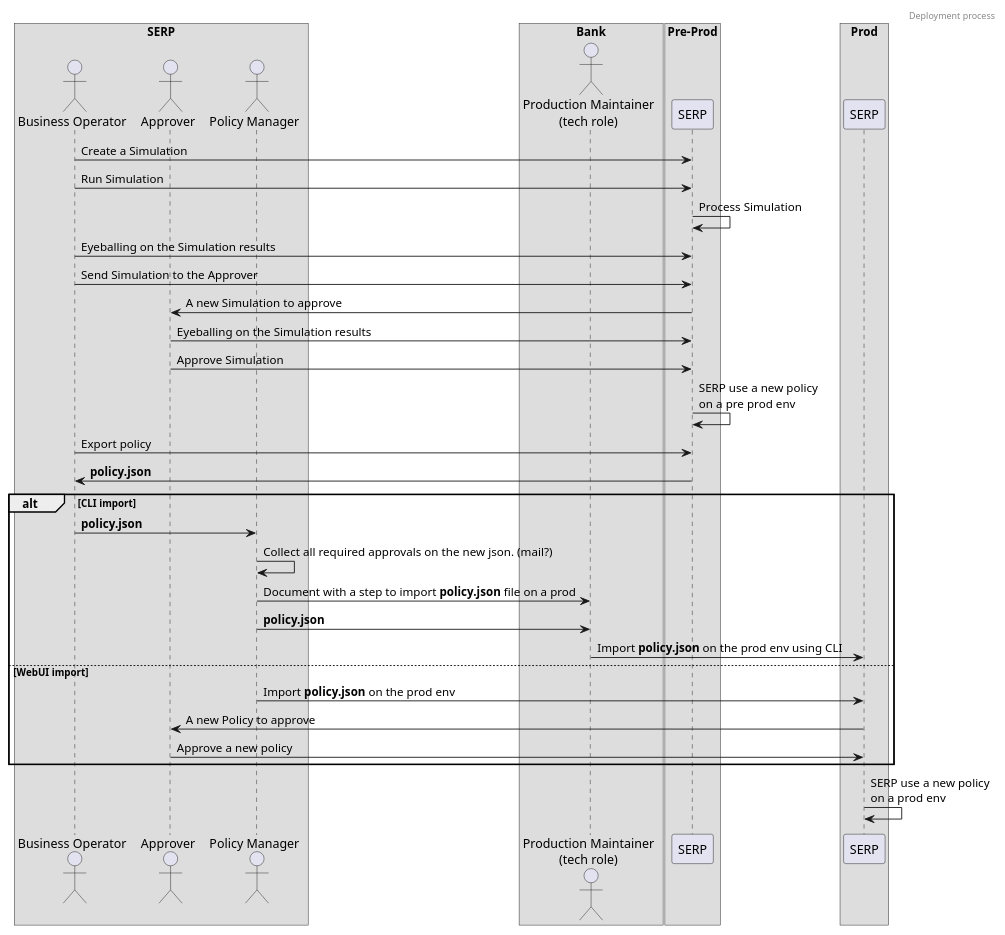
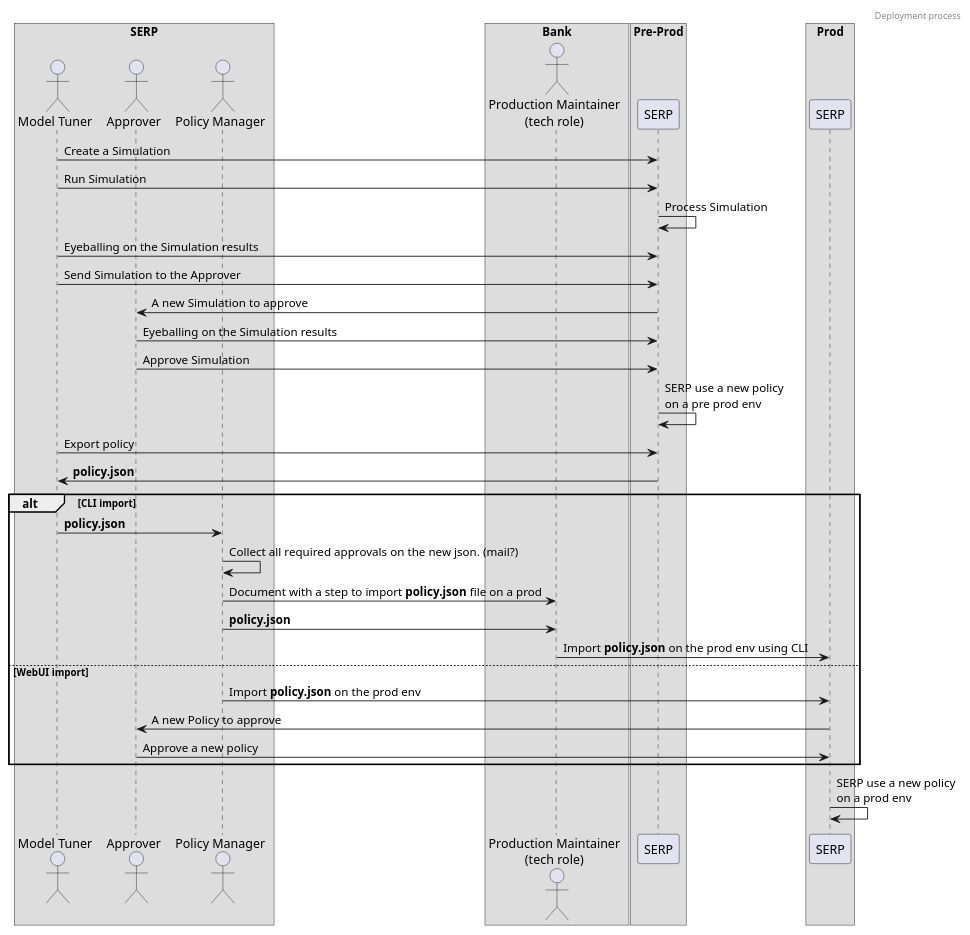
The diagram in modules/webapp/sens-webapp-documentation/src/docs/asciidoc/hld/2020-12-09_deployment-process-of-steps.adoc (ngraczykowski/iris-root), drawn with PlantUML before and after one commit. The commit also changed 55 other files, not shown here.

```diff
--- a/modules/webapp/sens-webapp-documentation/src/docs/asciidoc/hld/2020-12-09_deployment-process-of-steps.adoc
+++ b/modules/webapp/sens-webapp-documentation/src/docs/asciidoc/hld/2020-12-09_deployment-process-of-steps.adoc
@@ -12,63 +12,63 @@
 [plantuml,preparing-approving-deployment-steps-on-prod,svg]
 -----
 @startuml
 header Deployment process
 
 box SERP
-actor bo as "Business Operator"
+actor bo as "Model Tuner"
 
 actor a as "Approver"
 
 actor s as "Policy Manager"
 end box
 
 box Bank
 actor m as "Production Maintainer\n(tech role)"
 end box
 
 box "Pre-Prod"
     participant serp as "SERP"
 end box
 
 box "Prod"
     participant prodserp as "SERP"
 end box
 
 bo -> serp : Create a Simulation
 bo -> serp : Run Simulation
 serp -> serp : Process Simulation
 bo -> serp : Eyeballing on the Simulation results
 bo -> serp : Send Simulation to the Approver
 
 serp -> a : A new Simulation to approve
 
 a -> serp : Eyeballing on the Simulation results
 a -> serp : Approve Simulation
 serp -> serp : SERP use a new policy\non a pre prod env
 
 bo -> serp : Export policy
 serp -> bo : **policy.json**
 
 
 alt CLI import
 
 bo -> s : **policy.json**
 s -> s : Collect all required approvals on the new json. (mail?)
 
 s -> m : Document with a step to import **policy.json** file on a prod
 s -> m : **policy.json**
 
 m -> prodserp : Import **policy.json** on the prod env using CLI
 
 else WebUI import
 
 s -> prodserp : Import **policy.json** on the prod env
 prodserp -> a : A new Policy to approve
 a -> prodserp : Approve a new policy
 
 end alt
 
 prodserp -> prodserp : SERP use a new policy\non a prod env
 
 @enduml
 -----
```
